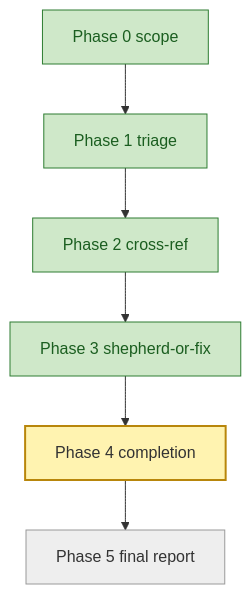
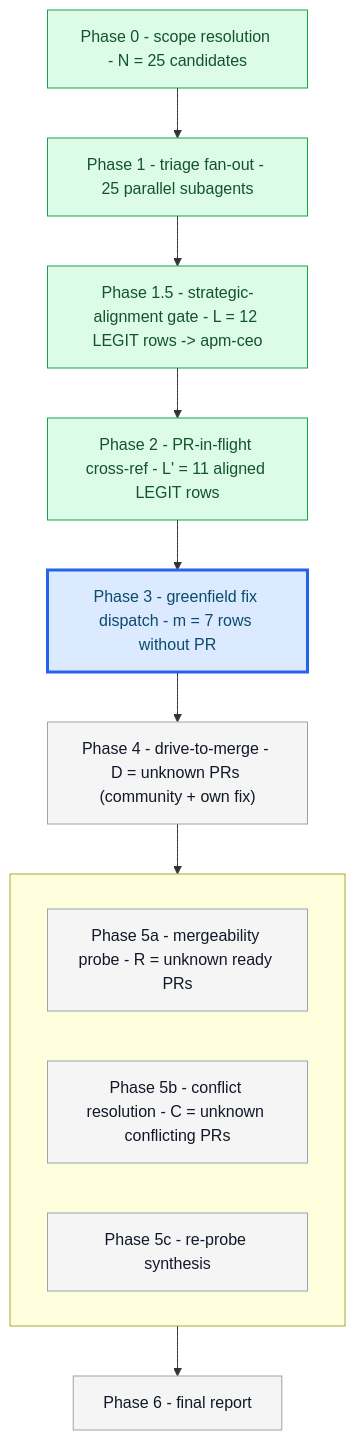
Before and after one commit to microsoft/apm: the fifth of 8 diagrams in packages/batch-bug-shepherd/.apm/skills/batch-bug-shepherd/evals/fixtures/sweep-bug-queue.with_skill.md, drawn with Mermaid. The commit also changed other lines of this file and 112 other files, not shown here.

````diff
--- a/packages/batch-bug-shepherd/.apm/skills/batch-bug-shepherd/evals/fixtures/sweep-bug-queue.with_skill.md
+++ b/packages/batch-bug-shepherd/.apm/skills/batch-bug-shepherd/evals/fixtures/sweep-bug-queue.with_skill.md
@@ -158,15 +197,26 @@
 ```mermaid
 flowchart TB
-    P0[Phase 0 scope]:::done
-    P1[Phase 1 triage]:::done
-    P2[Phase 2 cross-ref]:::done
-    P3[Phase 3 shepherd-or-fix]:::done
-    P4[Phase 4 completion]:::active
-    P5[Phase 5 final report]:::pending
-    P0 --> P1 --> P2 --> P3 --> P4 --> P5
-    classDef pending fill:#eee,stroke:#999,color:#333
-    classDef active  fill:#fff3b0,stroke:#b8860b,color:#333,stroke-width:2px
-    classDef done    fill:#cfe8c9,stroke:#2e7d32,color:#1b5e20
-    classDef blocked fill:#f8c7c7,stroke:#b71c1c,color:#7f0000
-    classDef skipped fill:#f0f0f0,stroke:#bbb,color:#888,stroke-dasharray:3 3
+    P0["Phase 0 - scope resolution - N = 25 candidates"]:::done
+    P1["Phase 1 - triage fan-out - 25 parallel subagents"]:::done
+    P15["Phase 1.5 - strategic-alignment gate - L = 12 LEGIT rows -> apm-ceo"]:::done
+    P2["Phase 2 - PR-in-flight cross-ref - L' = 11 aligned LEGIT rows"]:::done
+    P3["Phase 3 - greenfield fix dispatch - m = 7 rows without PR"]:::active
+    P4["Phase 4 - drive-to-merge - D = unknown PRs (community + own fix)"]:::pending
+
+    subgraph WAVE4[" "]
+        direction LR
+        P5a["Phase 5a - mergeability probe - R = unknown ready PRs"]:::pending
+        P5b["Phase 5b - conflict resolution - C = unknown conflicting PRs"]:::pending
+        P5c["Phase 5c - re-probe synthesis"]:::pending
+    end
+
+    P6["Phase 6 - final report"]:::pending
+
+    P0 --> P1 --> P15 --> P2 --> P3 --> P4 --> WAVE4 --> P6
+
+    classDef pending fill:#f5f5f5,stroke:#9ca3af,stroke-width:1px,color:#111827
+    classDef active  fill:#dbeafe,stroke:#2563eb,stroke-width:3px,color:#0c4a6e
+    classDef done    fill:#dcfce7,stroke:#16a34a,stroke-width:1px,color:#14532d
+    classDef blocked fill:#fef3c7,stroke:#d97706,stroke-width:2px,color:#78350f
+    classDef skipped fill:#f3f4f6,stroke:#6b7280,stroke-width:1px,stroke-dasharray:4 2,color:#374151
 ```
````
